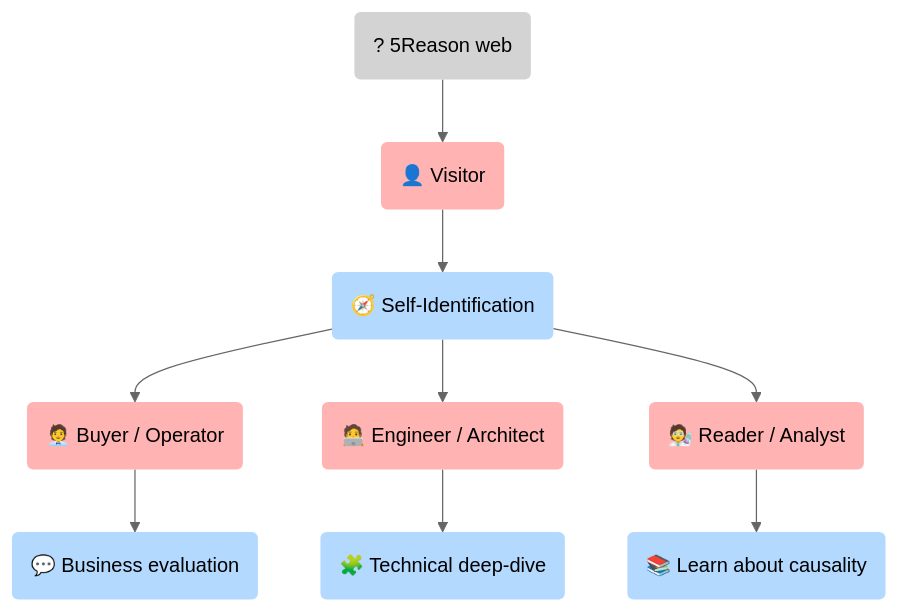
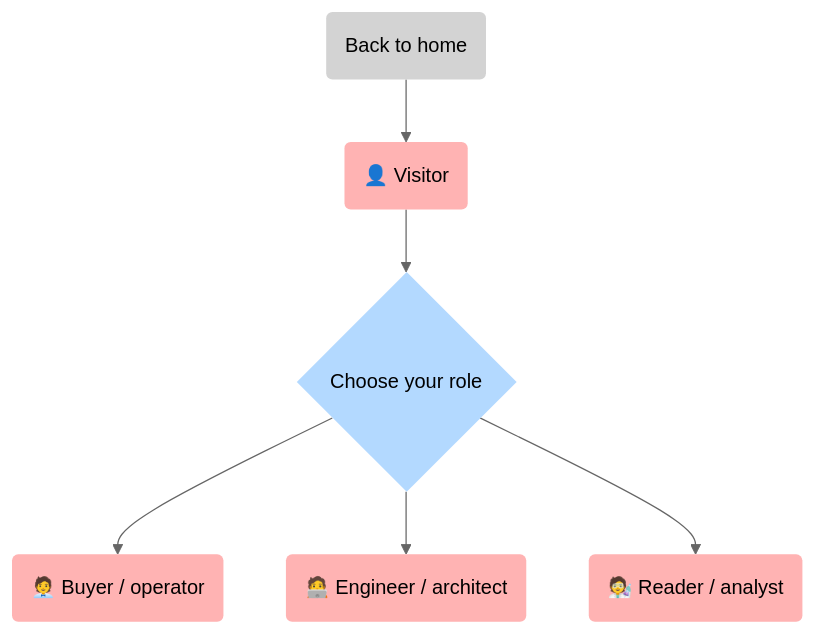
Before and after one commit to 5Reasons/5reasons.github.io: the first of 4 diagrams in docs/home/start-here.md, drawn with Mermaid (neutral theme). The commit also changed other lines of this file and 4 other files, not shown here.

Commit message:
Enhance Mermaid label handling: Implement JavaScript fixes for inline label styles and ensure proper text wrapping in diagrams

````diff
--- a/docs/home/start-here.md
+++ b/docs/home/start-here.md
@@ -33,43 +33,28 @@
 ```mermaid
 flowchart TB
 %% Styles (brModel Standard)
 classDef i fill:#D3D3D3,stroke-width:0px,color:#000;
 classDef s fill:#FFB3B3,stroke-width:0px,color:#000;
 classDef p fill:#B3D9FF,stroke-width:0px,color:#000;
 classDef r fill:#FFFFB3,stroke-width:0px,color:#000;
 classDef o fill:#C1F0C1,stroke-width:0px,color:#000;
 
+I_Home("Back to home"):::i
+S_Visitor("👤 Visitor"):::s
+P_Ident{"Choose your role"}:::p
 
-I_Home("? 5Reason web"):::i
+S_Buyer("🧑‍💼 Buyer / operator"):::s
+S_Eng("🧑‍💻 Engineer / architect"):::s
+S_Read("🧑‍🔬 Reader / analyst"):::s
 
-%% Subjects
-S_Visitor("👤 Visitor"):::s
-S_Buyer("🧑‍💼 Buyer / Operator"):::s
-S_Eng("🧑‍💻 Engineer / Architect"):::s
-S_Read("🧑‍🔬 Reader / Analyst"):::s
-
-%% Processes
-P_Ident("🧭 Self-Identification"):::p
-P_Biz("💬 Business evaluation"):::p
-P_Tech("🧩 Technical deep-dive"):::p
-P_Learn("📚 Learn about causality"):::p
-
-
-%% Flow
 I_Home --> S_Visitor
 S_Visitor --> P_Ident
 P_Ident --> S_Buyer
 P_Ident --> S_Eng
 P_Ident --> S_Read
 
-S_Buyer --> P_Biz
-S_Eng --> P_Tech 
-S_Read --> P_Learn 
-
-%% Links (existing pages + wizard drill-down sections)
+click S_Buyer "/home/start-here/#buyer-operator" "Jump to Buyer path"
+click S_Eng "/home/start-here/#engineer-architect" "Jump to Engineer path"
+click S_Read "/home/start-here/#reader-analyst" "Jump to Reader path"
 click I_Home "/" "Home"
-click S_Visitor "/home/start-here/" "Start Here"
-click S_Buyer "/wizard/#buyer" "Jump to Buyer flow"
-click S_Eng "/wizard/#engineer" "Jump to Engineer flow"
-
 ```
````
